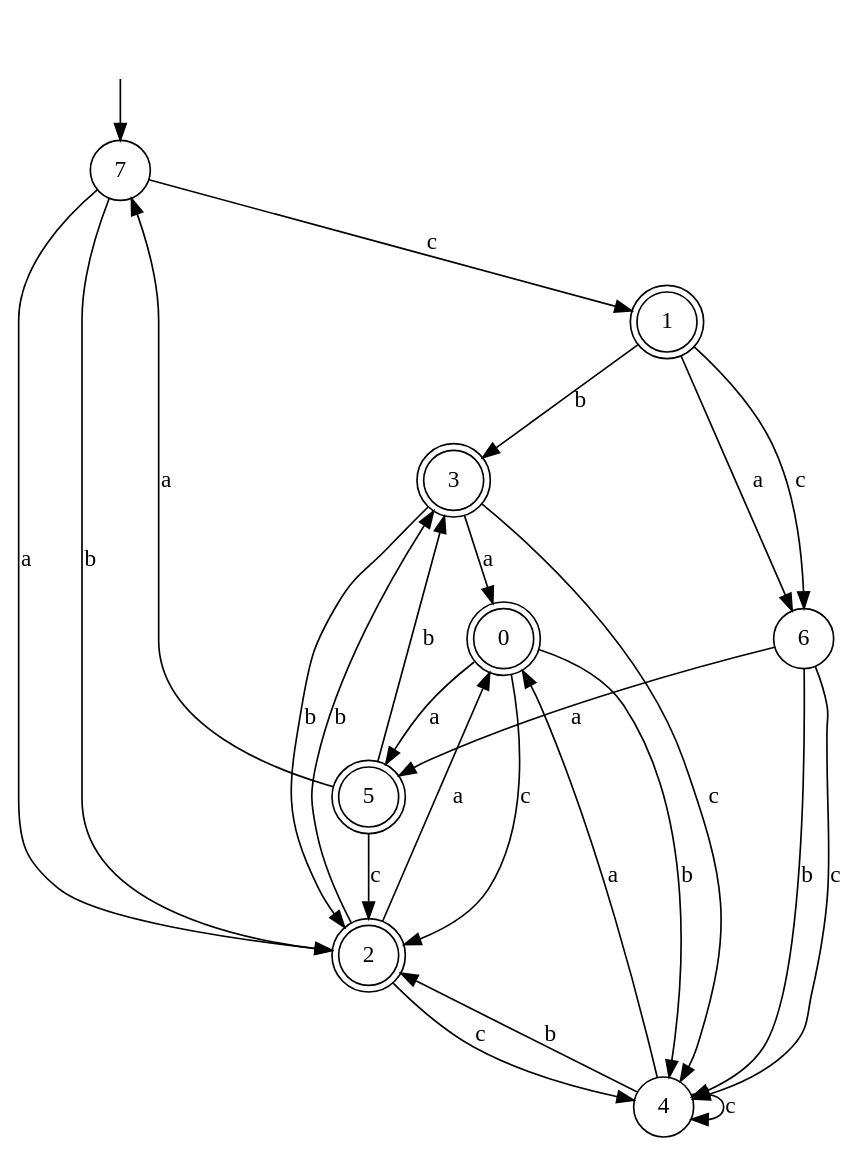
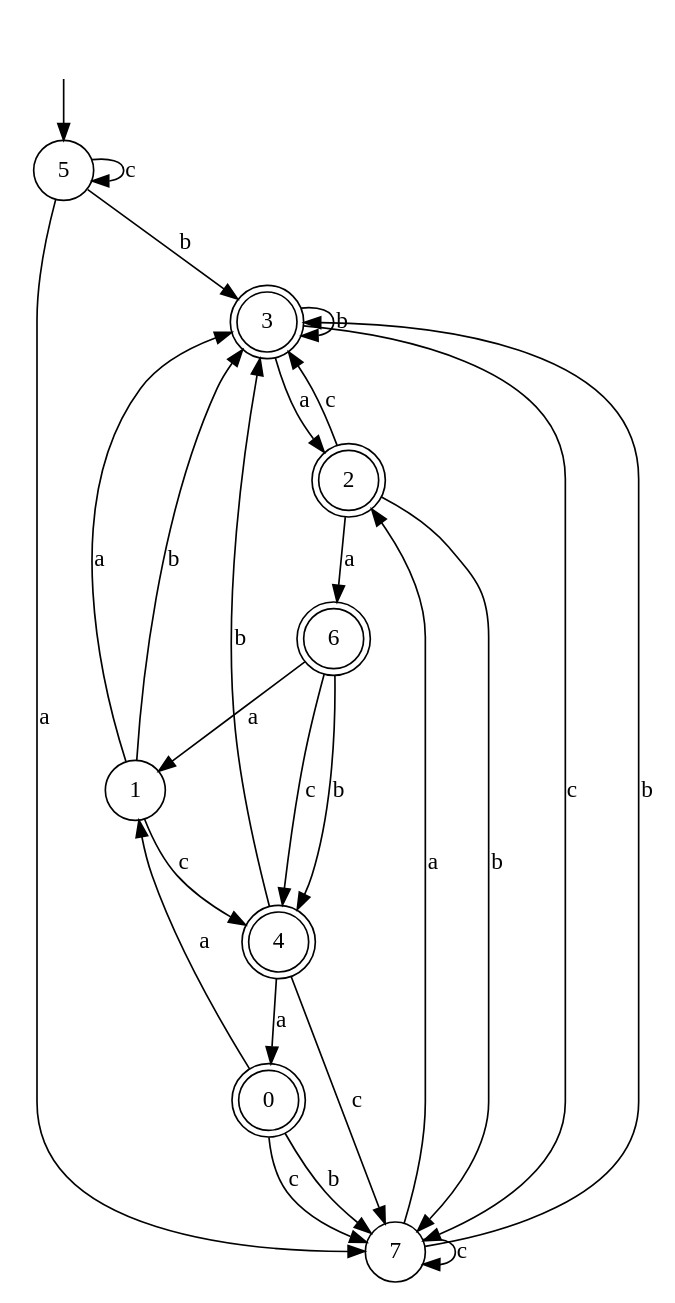
One commit to brodias/Couting-Words-for-Learning-DFAs changed the diagram in Result/Result_Heuristic_Approximation/Summary28/DFAs/Start_dfa_28_n_8_test_6.dot. Above: the diagram before and after it, drawn with Graphviz. The commit also changed 646 other files, not shown here.

```diff
--- a/Result/Result_Heuristic_Approximation/Summary28/DFAs/Start_dfa_28_n_8_test_6.dot
+++ b/Result/Result_Heuristic_Approximation/Summary28/DFAs/Start_dfa_28_n_8_test_6.dot
@@ -1,37 +1,37 @@
 digraph g {
 __start [label=""shape=none]
-	7[shape="circle" label="7"]
+	5[shape="circle" label="5"]
 	0[shape="doublecircle" label="0"]
-	1[shape="doublecircle" label="1"]
+	1[shape="circle" label="1"]
 	2[shape="doublecircle" label="2"]
 	3[shape="doublecircle" label="3"]
-	4[shape="circle" label="4"]
-	5[shape="doublecircle" label="5"]
-	6[shape="circle" label="6"]
+	4[shape="doublecircle" label="4"]
+	6[shape="doublecircle" label="6"]
+	7[shape="circle" label="7"]
 
-__start -> 7
-	0 -> 5 [label="a"]
-	0 -> 4 [label="b"]
-	0 -> 2 [label="c"]
-	1 -> 6 [label="a"]
+__start -> 5
+	0 -> 1 [label="a"]
+	0 -> 7 [label="b"]
+	0 -> 7 [label="c"]
+	1 -> 3 [label="a"]
 	1 -> 3 [label="b"]
-	1 -> 6 [label="c"]
-	2 -> 0 [label="a"]
-	2 -> 3 [label="b"]
-	2 -> 4 [label="c"]
-	3 -> 0 [label="a"]
-	3 -> 2 [label="b"]
-	3 -> 4 [label="c"]
+	1 -> 4 [label="c"]
+	2 -> 6 [label="a"]
+	2 -> 7 [label="b"]
+	2 -> 3 [label="c"]
+	3 -> 2 [label="a"]
+	3 -> 3 [label="b"]
+	3 -> 7 [label="c"]
 	4 -> 0 [label="a"]
-	4 -> 2 [label="b"]
-	4 -> 4 [label="c"]
+	4 -> 3 [label="b"]
+	4 -> 7 [label="c"]
 	5 -> 7 [label="a"]
 	5 -> 3 [label="b"]
-	5 -> 2 [label="c"]
-	6 -> 5 [label="a"]
+	5 -> 5 [label="c"]
+	6 -> 1 [label="a"]
 	6 -> 4 [label="b"]
 	6 -> 4 [label="c"]
 	7 -> 2 [label="a"]
-	7 -> 2 [label="b"]
-	7 -> 1 [label="c"]
+	7 -> 3 [label="b"]
+	7 -> 7 [label="c"]
 }
```
